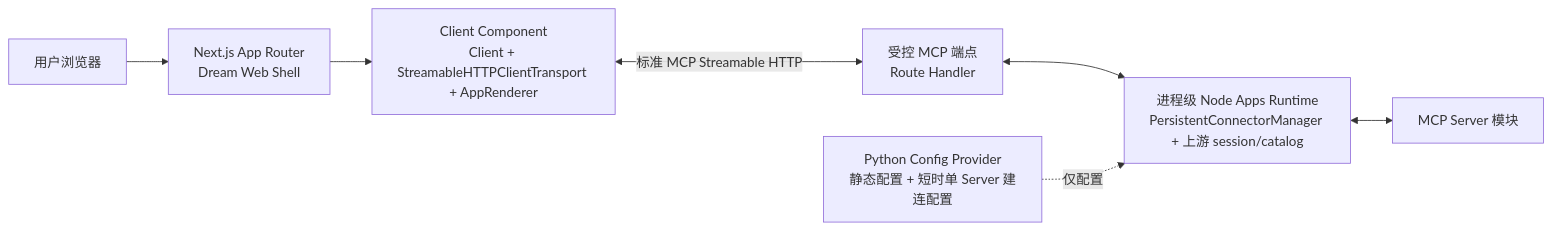
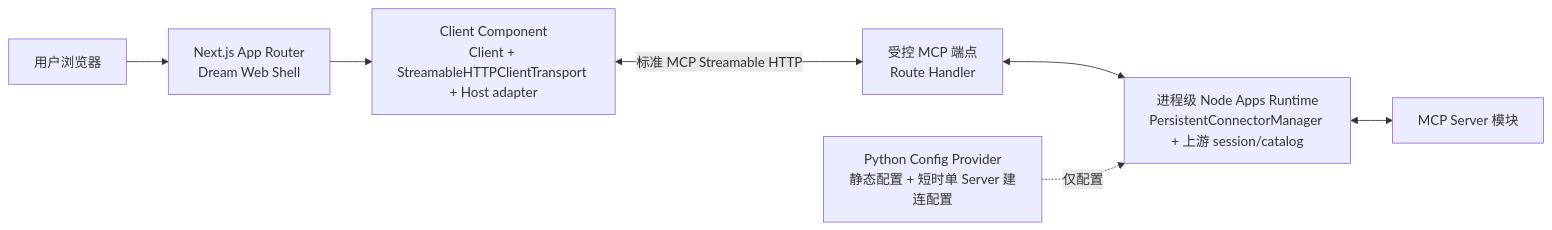
The first of 2 diagrams in docs/design/claude-agent/dream-frontend-node-framework-migration-assessment.md (glide-the/im-dream), drawn with Mermaid before and after one commit. The commit also changed other lines of this file and 813 other files, not shown here.

Commit message:
feat(mcp-apps): integrate governed host and consolidate frontend app

````diff
--- a/docs/design/claude-agent/dream-frontend-node-framework-migration-assessment.md
+++ b/docs/design/claude-agent/dream-frontend-node-framework-migration-assessment.md
@@ -65,9 +71,9 @@
 ```mermaid
 flowchart LR
     USER["用户浏览器"] --> WEB["Next.js App Router<br/>Dream Web Shell"]
-    WEB --> RUNTIME["Client Component<br/>Client + StreamableHTTPClientTransport + AppRenderer"]
+    WEB --> RUNTIME["Client Component<br/>Client + StreamableHTTPClientTransport + Host adapter"]
     RUNTIME <-->|"标准 MCP Streamable HTTP"| ADAPTER["受控 MCP 端点<br/>Route Handler"]
     ADAPTER <--> NODE["进程级 Node Apps Runtime<br/>PersistentConnectorManager + 上游 session/catalog"]
     NODE <--> MCP["MCP Server 模块"]
     PY["Python Config Provider<br/>静态配置 + 短时单 Server 建连配置"] -."仅配置".-> NODE
 ```
````
